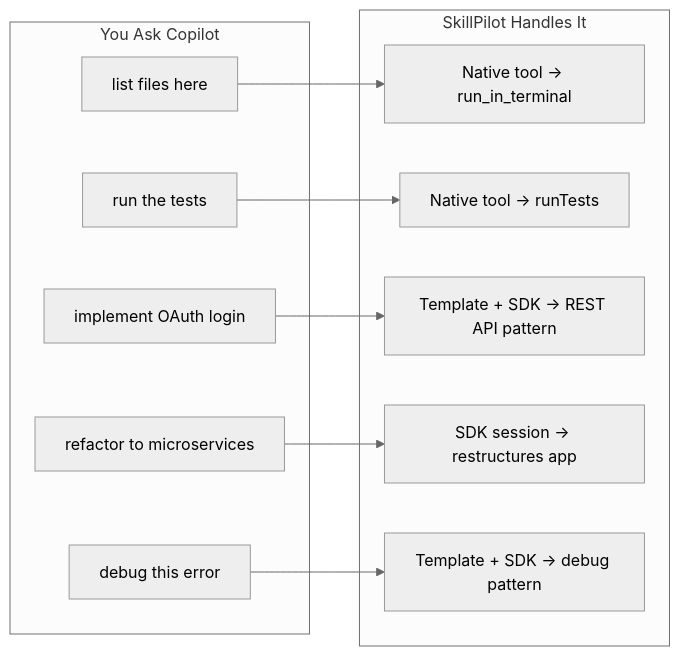
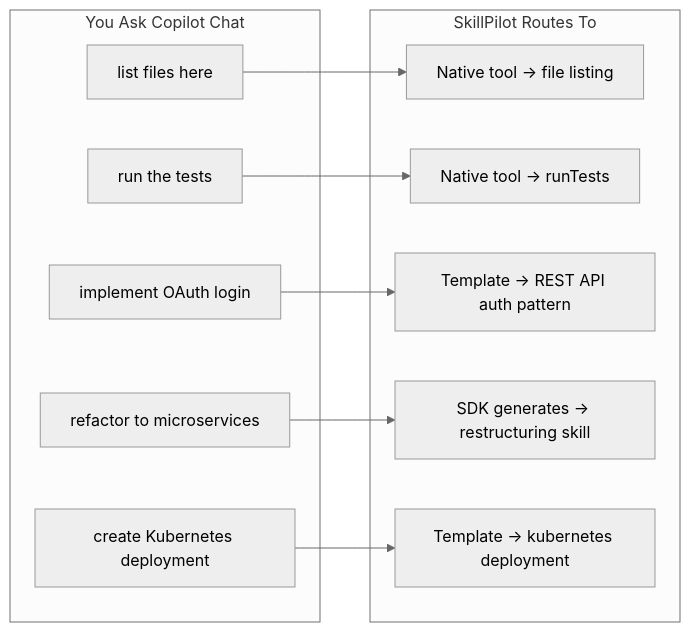
Before and after one commit to samueltauil/skills-hub: the first of 2 diagrams in README.md, drawn with Mermaid (neutral theme). The commit also changed other lines of this file, not shown here.

````diff
--- a/README.md
+++ b/README.md
@@ -21,24 +23,24 @@
 ```mermaid
 flowchart LR
-    subgraph input["You Ask Copilot"]
+    subgraph input["You Ask Copilot Chat"]
         A1["list files here"]
         A2["run the tests"]
         A3["implement OAuth login"]
         A4["refactor to microservices"]
-        A5["debug this error"]
+        A5["create Kubernetes deployment"]
     end
     
-    subgraph output["SkillPilot Handles It"]
-        B1["Native tool → run_in_terminal"]
+    subgraph output["SkillPilot Routes To"]
+        B1["Native tool → file listing"]
         B2["Native tool → runTests"]
-        B3["Template + SDK → REST API pattern"]
-        B4["SDK session → restructures app"]
-        B5["Template + SDK → debug pattern"]
+        B3["Template → REST API auth pattern"]
+        B4["SDK generates → restructuring skill"]
+        B5["Template → kubernetes deployment"]
     end
     
     A1 --> B1
     A2 --> B2
     A3 --> B3
     A4 --> B4
     A5 --> B5
 ```
````
